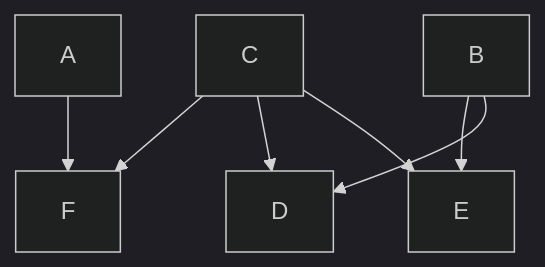
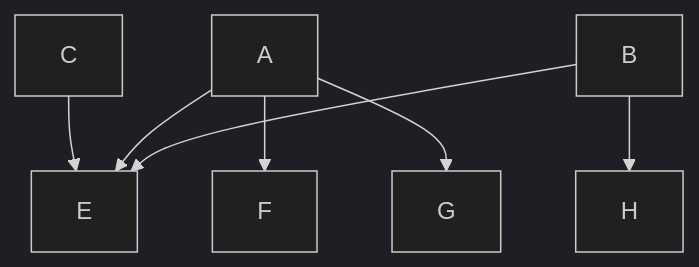
Before and after one commit to GeertBosch/mdcat: the eighth of 8 diagrams in tests/mermaid-routing.md, drawn with Mermaid (dark theme). The commit also changed other lines of this file and 10 other files, not shown here.

Commit message:
Reduce Mermaid crossings, refine placement, and tighten ranks

````diff
--- a/tests/mermaid-routing.md
+++ b/tests/mermaid-routing.md
@@ -114,9 +120,9 @@
 ```mermaid
 graph TD
-    C --> F
-    C --> D
+    C --> E
+    A --> F
+    A --> G
+    A --> E
     B --> E
-    A --> F
-    C --> E
-    B --> D
+    B --> H
 ```
````
